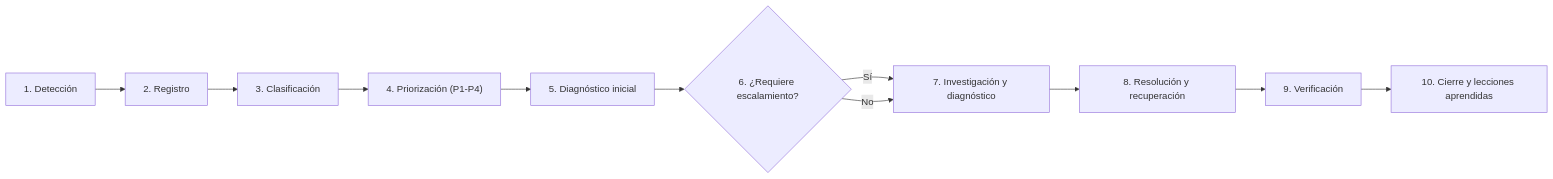
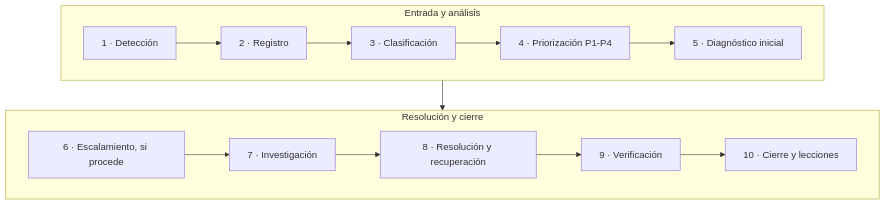
One commit to ChrisRafaile/botica-san-juan changed the second of 2 diagrams in docs/entregables/INFORME-FINAL-S18.md. Above: the diagram before and after it, drawn with Mermaid. The commit also changed other lines of this file and 23 other files, not shown here.

````diff
--- a/docs/entregables/INFORME-FINAL-S18.md
+++ b/docs/entregables/INFORME-FINAL-S18.md
@@ -123,13 +136,12 @@
 ```mermaid
-flowchart LR
-    E1["1. Detección"] --> E2["2. Registro"]
-    E2 --> E3["3. Clasificación"]
-    E3 --> E4["4. Priorización (P1-P4)"]
-    E4 --> E5["5. Diagnóstico inicial"]
-    E5 --> E6{"6. ¿Requiere escalamiento?"}
-    E6 -- Sí --> E7["7. Investigación y diagnóstico"]
-    E6 -- No --> E7
-    E7 --> E8["8. Resolución y recuperación"]
-    E8 --> E9["9. Verificación"]
-    E9 --> E10["10. Cierre y lecciones aprendidas"]
+flowchart TB
+    subgraph A["Entrada y análisis"]
+        direction LR
+        E1["1 · Detección"] --> E2["2 · Registro"] --> E3["3 · Clasificación"] --> E4["4 · Priorización P1-P4"] --> E5["5 · Diagnóstico inicial"]
+    end
+    subgraph B["Resolución y cierre"]
+        direction LR
+        E6["6 · Escalamiento, si procede"] --> E7["7 · Investigación"] --> E8["8 · Resolución y recuperación"] --> E9["9 · Verificación"] --> E10["10 · Cierre y lecciones"]
+    end
+    A --> B
 ```
````
